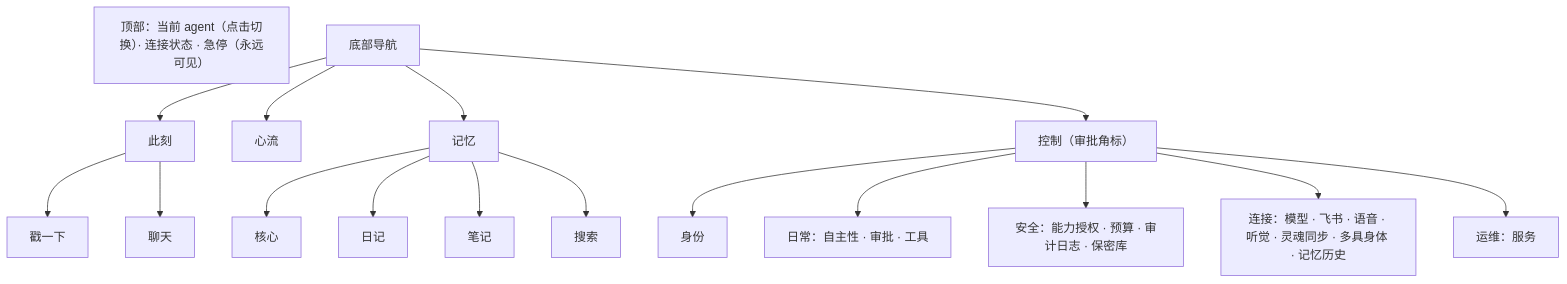
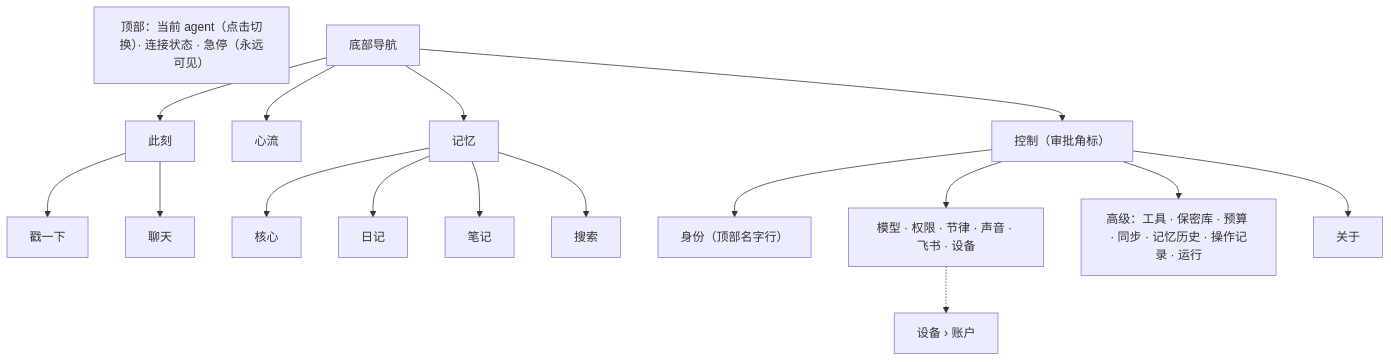
One commit to Causally-XYZ/Project.Quetzal changed the second of 2 diagrams in console/docs/ARCHITECTURE.md. Above: the diagram before and after it, drawn with Mermaid. The commit also changed other lines of this file and 6 other files, not shown here.

````diff
--- a/console/docs/ARCHITECTURE.md
+++ b/console/docs/ARCHITECTURE.md
@@ -79,12 +79,12 @@
 ```mermaid
 flowchart TB
   TOP["顶部：当前 agent（点击切换）· 连接状态 · 急停（永远可见）"]
   NAV["底部导航"] --> A[此刻] & B[心流] & C[记忆] & D["控制（审批角标）"]
   A --> A1[戳一下] & A2[聊天]
   C --> C1[核心] & C2[日记] & C3[笔记] & C4[搜索]
-  D --> D0["身份"]
-  D --> D1["日常：自主性 · 审批 · 工具"]
-  D --> D2["安全：能力授权 · 预算 · 审计日志 · 保密库"]
-  D --> D3["连接：模型 · 飞书 · 语音 · 听觉 · 灵魂同步 · 多具身体 · 记忆历史"]
-  D --> D4["运维：服务"]
+  D --> D0["身份（顶部名字行）"]
+  D --> D1["模型 · 权限 · 节律 · 声音 · 飞书 · 设备"]
+  D1 -.-> D11["设备 › 账户"]
+  D --> D2["高级：工具 · 保密库 · 预算 · 同步 · 记忆历史 · 操作记录 · 运行"]
+  D --> D3["关于"]
 ```
````
